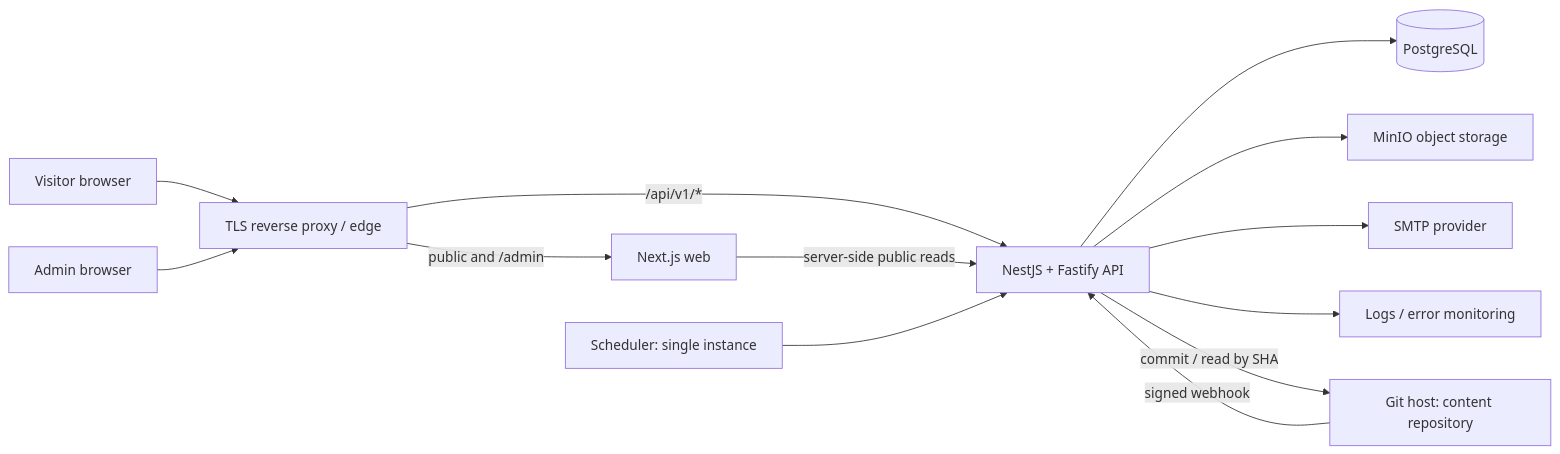
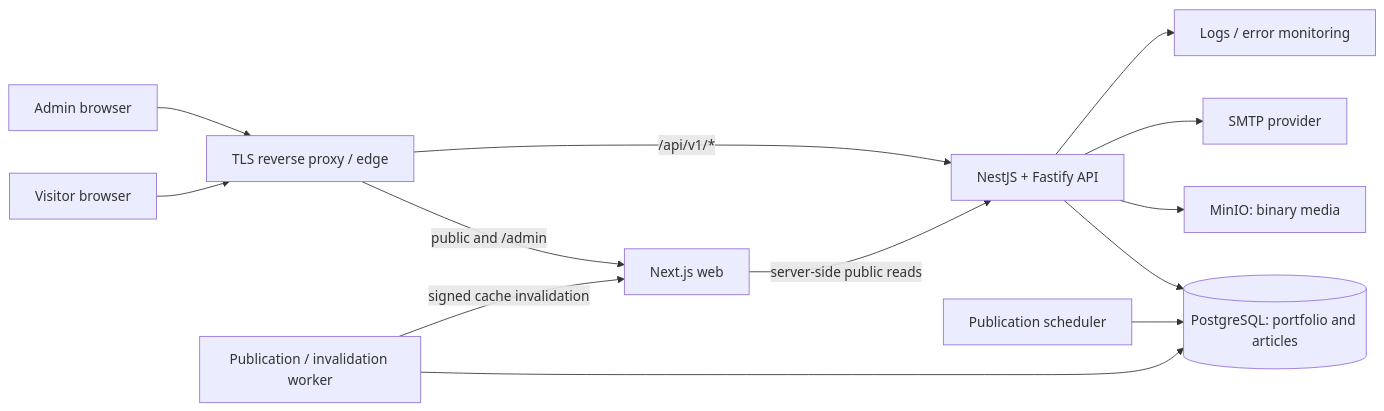
The diagram in docs/ARCHITECTURE.md (amirrrreza1/Portfolio), drawn with Mermaid before and after one commit. The commit also changed other lines of this file and 65 other files, not shown here.

````diff
--- a/docs/ARCHITECTURE.md
+++ b/docs/ARCHITECTURE.md
@@ -18,15 +11,15 @@
 ```mermaid
 flowchart LR
   V["Visitor browser"] --> E["TLS reverse proxy / edge"]
   A["Admin browser"] --> E
   E -->|"public and /admin"| W["Next.js web"]
   E -->|"/api/v1/*"| API["NestJS + Fastify API"]
   W -->|"server-side public reads"| API
-  API --> DB[("PostgreSQL")]
-  API --> OBJ["MinIO object storage"]
+  API --> DB[("PostgreSQL: portfolio and articles")]
+  API --> OBJ["MinIO: binary media"]
   API --> SMTP["SMTP provider"]
   API --> OBS["Logs / error monitoring"]
-  API -->|"commit / read by SHA"| GIT["Git host: content repository"]
-  GIT -->|"signed webhook"| API
-  SCHED["Scheduler: single instance"] --> API
+  SCHED["Publication scheduler"] --> DB
+  WORKER["Publication / invalidation worker"] --> DB
+  WORKER -->|"signed cache invalidation"| W
 ```
````
